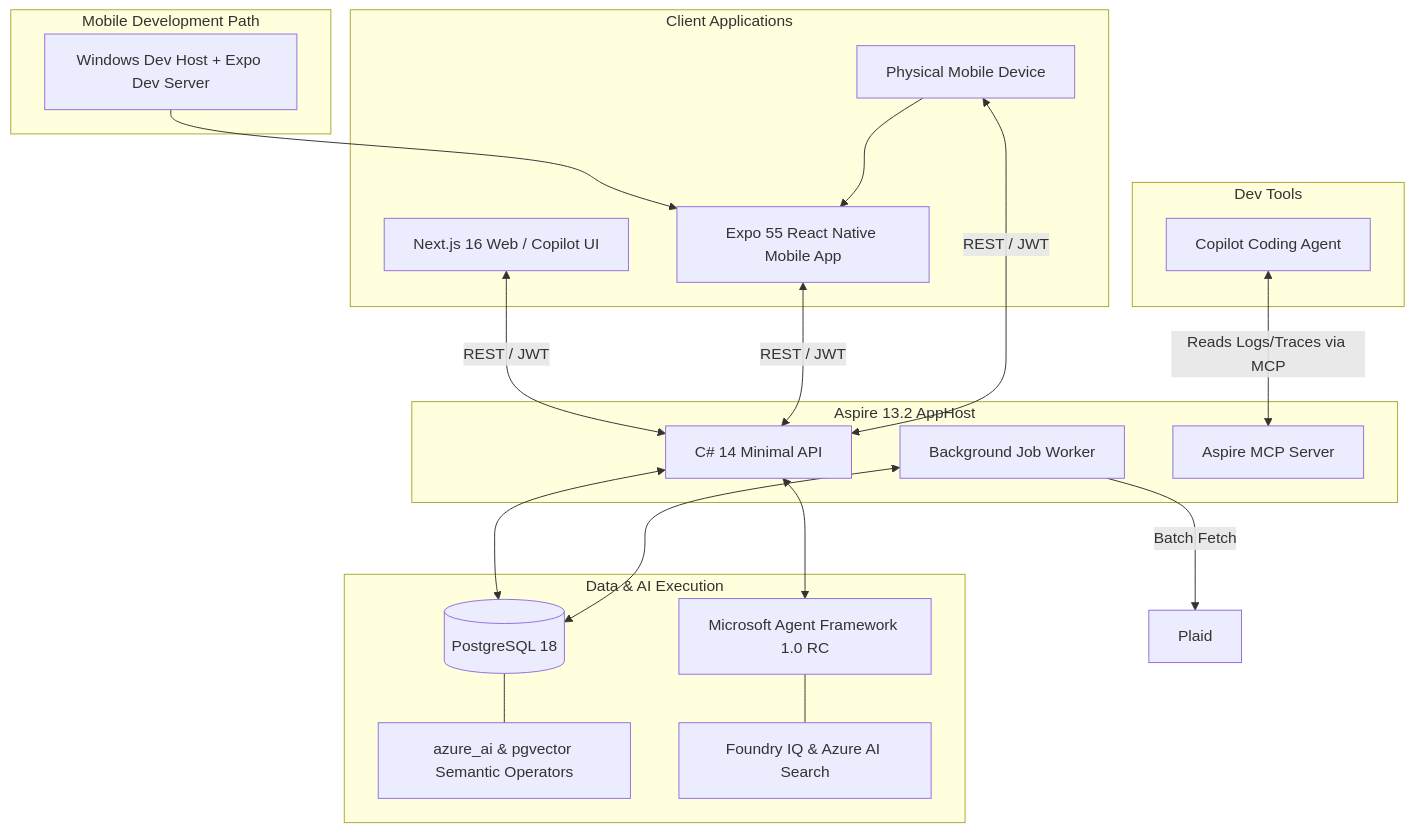
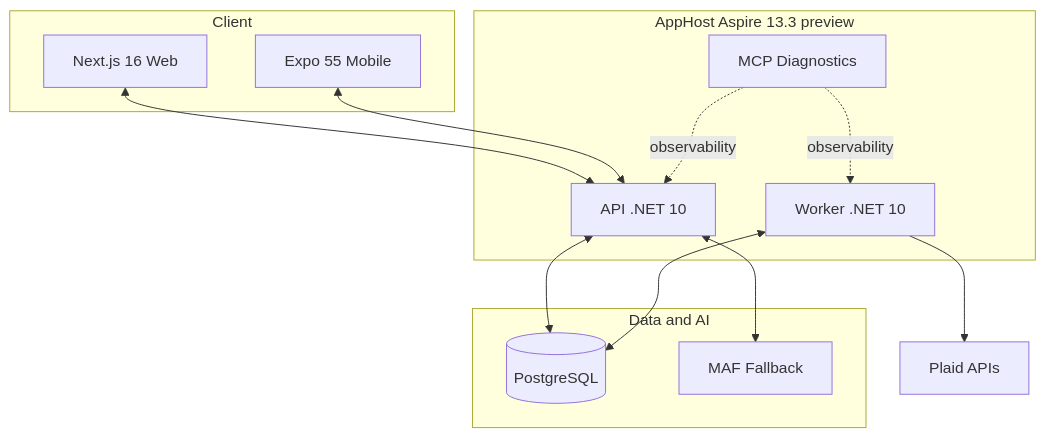
The diagram in project-plan/architecture.md (ChrisMcKee1/Mosaic-Money), drawn with Mermaid before and after one commit. The commit also changed other lines of this file and 13 other files, not shown here.

````diff
--- a/project-plan/architecture.md
+++ b/project-plan/architecture.md
@@ -21,45 +31,27 @@
 ```mermaid
 flowchart TB
-    subgraph Client [Client Applications]
-        UI[Next.js 16 Web / Copilot UI]
-        Mobile[Expo 55 React Native Mobile App]
-        Phone[Physical Mobile Device]
+    subgraph Client
+        Web[Next.js 16 Web]
+        Mobile[Expo 55 Mobile]
     end
 
-    subgraph MobileDev [Mobile Development Path]
-        WinDev[Windows Dev Host + Expo Dev Server]
+    subgraph AppHost[AppHost Aspire 13.3 preview]
+        Api[API .NET 10]
+        Worker[Worker .NET 10]
+        Mcp[MCP Diagnostics]
     end
 
-    subgraph AppHost [Aspire 13.2 AppHost]
-        API[C# 14 Minimal API]
-        Worker[Background Job Worker]
-        MCP[Aspire MCP Server]
+    subgraph DataAndAI[Data and AI]
+        Pg[(PostgreSQL)]
+        MAF[MAF Fallback]
     end
 
-    subgraph Intelligence Tier [Data & AI Execution]
-        DB[(PostgreSQL 18)]
-        PGAI[azure_ai & pgvector Semantic Operators]
-        DB --- PGAI
-        
-        MAF[Microsoft Agent Framework 1.0 RC]
-        FIQ[Foundry IQ & Azure AI Search]
-        MAF --- FIQ
-    end
-
-    subgraph Developer [Dev Tools]
-        Copilot[Copilot Coding Agent]
-    end
-
-    Copilot <-->|Reads Logs/Traces via MCP| MCP
-    UI <-->|REST / JWT| API
-    Mobile <-->|REST / JWT| API
-    WinDev --> Mobile
-    Phone --> Mobile
-    Phone <-->|REST / JWT| API
-    
-    API <--> DB
-    API <--> MAF
-    
-    Worker <--> DB
-    Worker -->|Batch Fetch| Plaid
+    Web <--> Api
+    Mobile <--> Api
+    Api <--> Pg
+    Worker <--> Pg
+    Api <--> MAF
+    Worker --> Plaid[Plaid APIs]
+    Mcp -.observability.-> Api
+    Mcp -.observability.-> Worker
 ```
````
